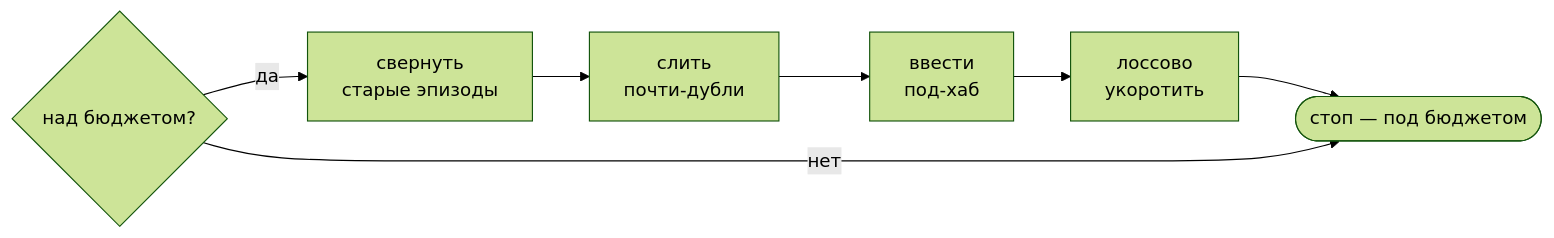
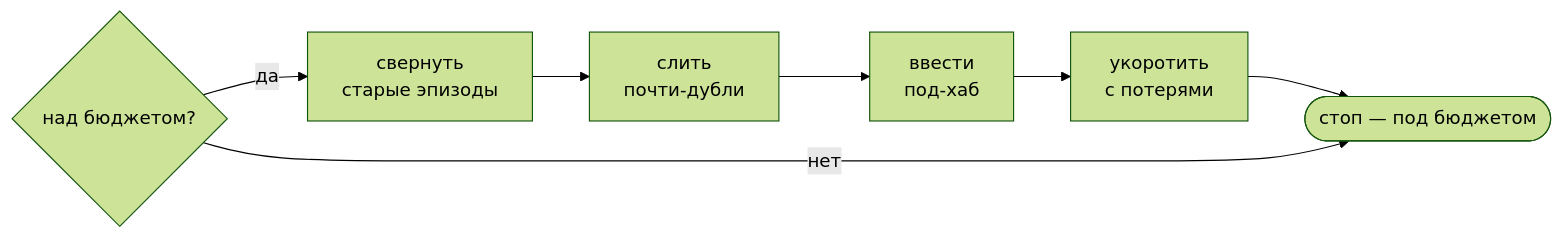
One commit to Kvazar123/llm-amg changed the seventh of 9 diagrams in docs/ru/THEORY.md. Above: the diagram before and after it, drawn with Mermaid (forest theme). The commit also changed other lines of this file and 13 other files, not shown here.

````diff
--- a/docs/ru/THEORY.md
+++ b/docs/ru/THEORY.md
@@ -356,9 +356,9 @@
 ```mermaid
 flowchart LR
     CHK{над бюджетом?} -->|да| S1["свернуть<br/>старые эпизоды"]
     S1 --> S2["слить<br/>почти-дубли"]
     S2 --> S3["ввести<br/>под-хаб"]
-    S3 --> S4["лоссово<br/>укоротить"]
+    S3 --> S4["укоротить<br/>с потерями"]
     S4 --> STOP(["стоп — под бюджетом"])
     CHK -->|нет| STOP
 ```
````
